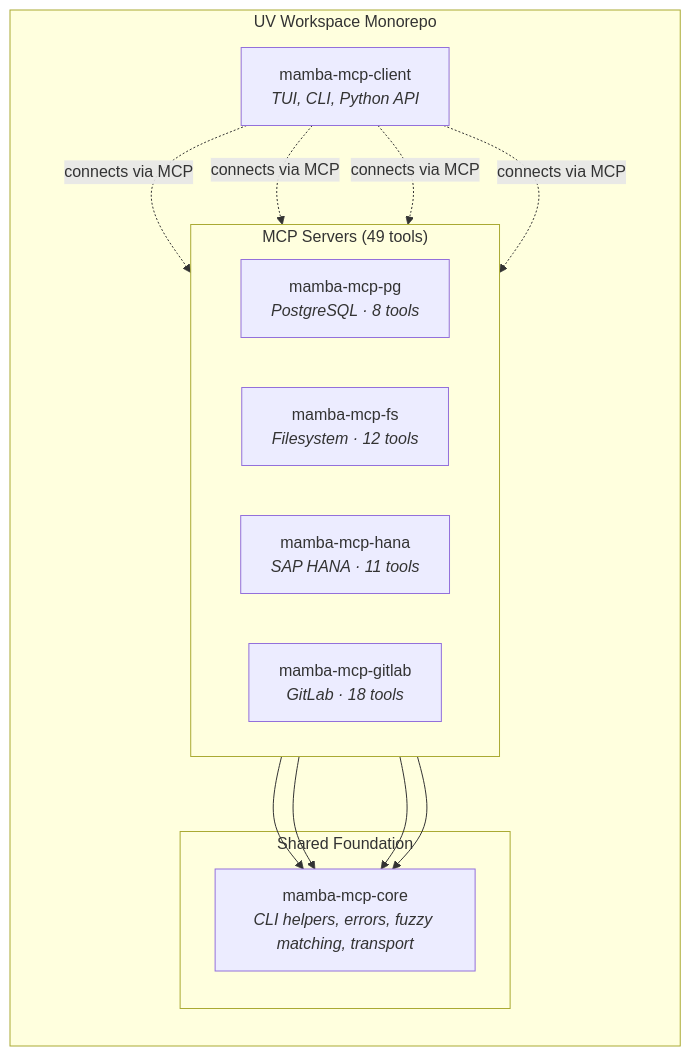
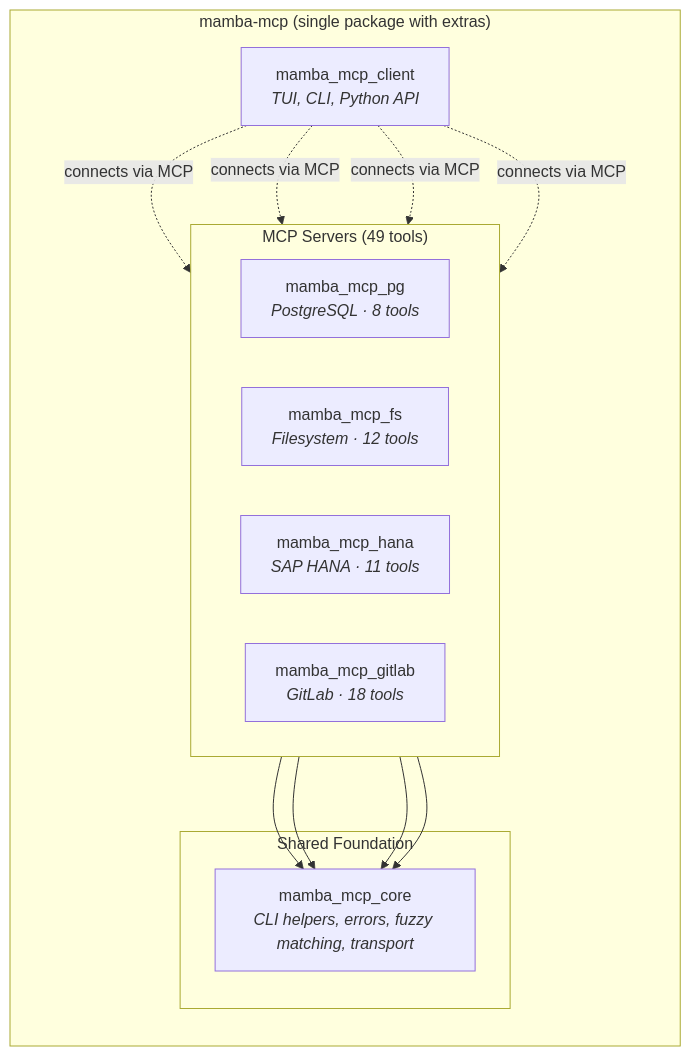
The first of 5 diagrams in docs/architecture.md (sequenzia/mamba-mcp), drawn with Mermaid before and after one commit. The commit also changed other lines of this file and 227 other files, not shown here.

First line of the commit message:
feat(build): consolidate 6 packages into single mamba-mcp with extras

````diff
--- a/docs/architecture.md
+++ b/docs/architecture.md
@@ -11,30 +11,30 @@
 ```mermaid
 graph TB
-    subgraph Workspace["UV Workspace Monorepo"]
+    subgraph Package["mamba-mcp (single package with extras)"]
         direction TB
 
         subgraph Core["Shared Foundation"]
-            CORE["mamba-mcp-core<br/><i>CLI helpers, errors, fuzzy matching, transport</i>"]
+            CORE["mamba_mcp_core<br/><i>CLI helpers, errors, fuzzy matching, transport</i>"]
         end
 
         subgraph Servers["MCP Servers (49 tools)"]
             direction LR
-            PG["mamba-mcp-pg<br/><i>PostgreSQL &middot; 8 tools</i>"]
-            FS["mamba-mcp-fs<br/><i>Filesystem &middot; 12 tools</i>"]
-            HANA["mamba-mcp-hana<br/><i>SAP HANA &middot; 11 tools</i>"]
-            GITLAB["mamba-mcp-gitlab<br/><i>GitLab &middot; 18 tools</i>"]
+            PG["mamba_mcp_pg<br/><i>PostgreSQL &middot; 8 tools</i>"]
+            FS["mamba_mcp_fs<br/><i>Filesystem &middot; 12 tools</i>"]
+            HANA["mamba_mcp_hana<br/><i>SAP HANA &middot; 11 tools</i>"]
+            GITLAB["mamba_mcp_gitlab<br/><i>GitLab &middot; 18 tools</i>"]
         end
 
-        CLIENT["mamba-mcp-client<br/><i>TUI, CLI, Python API</i>"]
+        CLIENT["mamba_mcp_client<br/><i>TUI, CLI, Python API</i>"]
     end
 
     PG --> CORE
     FS --> CORE
     HANA --> CORE
     GITLAB --> CORE
 
     CLIENT -.->|"connects via MCP"| PG
     CLIENT -.->|"connects via MCP"| FS
     CLIENT -.->|"connects via MCP"| HANA
     CLIENT -.->|"connects via MCP"| GITLAB
 ```
````
